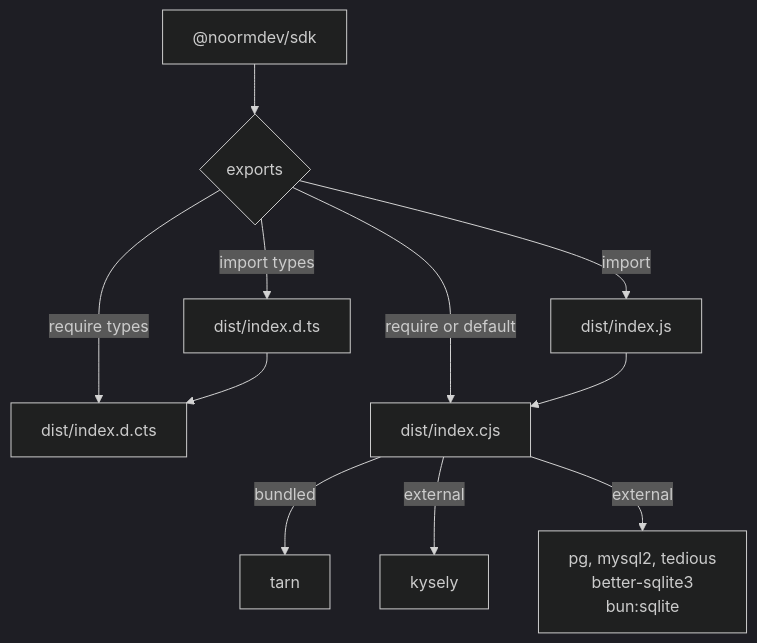
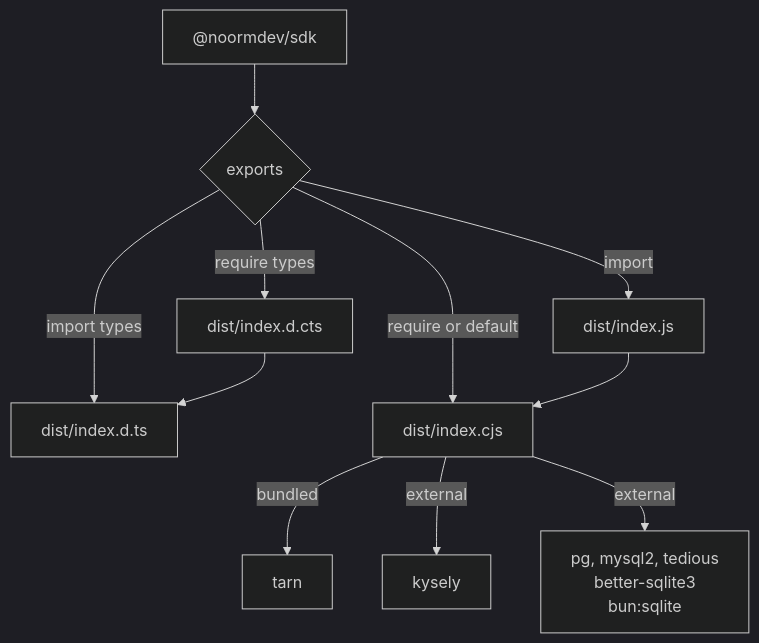
One commit to noormdev/noorm changed the second of 5 diagrams in docs/wiki/infra.md. Above: the diagram before and after it, drawn with Mermaid (dark theme). The commit also changed other lines of this file and 191 other files, not shown here.

````diff
--- a/docs/wiki/infra.md
+++ b/docs/wiki/infra.md
@@ -45,14 +45,14 @@
 ```mermaid
 flowchart TD
     %% source: tsup.sdk.config.ts, packages/sdk/package.json, package.json
     P["@noormdev/sdk"] --> E{"exports"}
     E -->|import types| T["dist/index.d.ts"]
     E -->|require types| CT["dist/index.d.cts"]
-    T --> CT
+    CT --> T
     E -->|import| F["dist/index.js"]
     E -->|require or default| R["dist/index.cjs"]
     F --> R
     R -->|bundled| B["tarn"]
     R -->|external| K["kysely"]
     R -->|external| D["pg, mysql2, tedious<br/>better-sqlite3<br/>bun:sqlite"]
 ```
````
